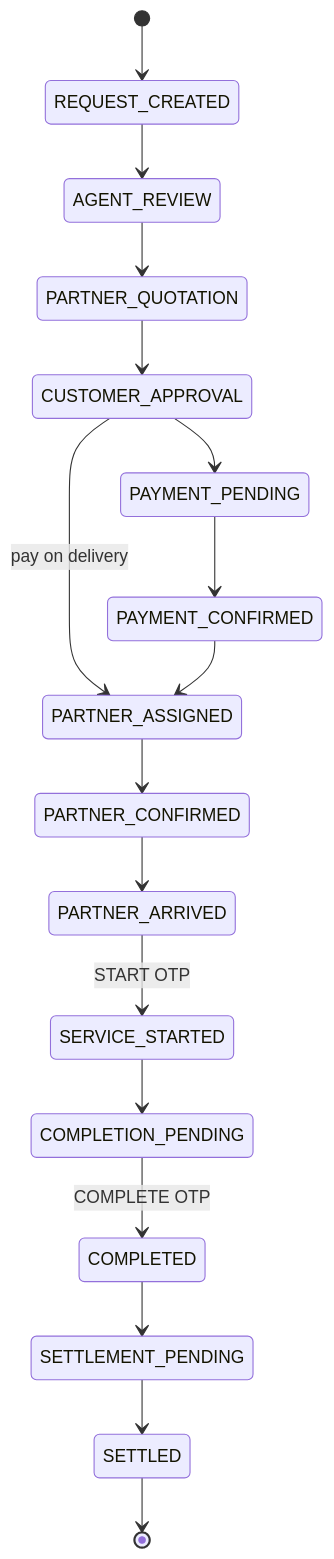
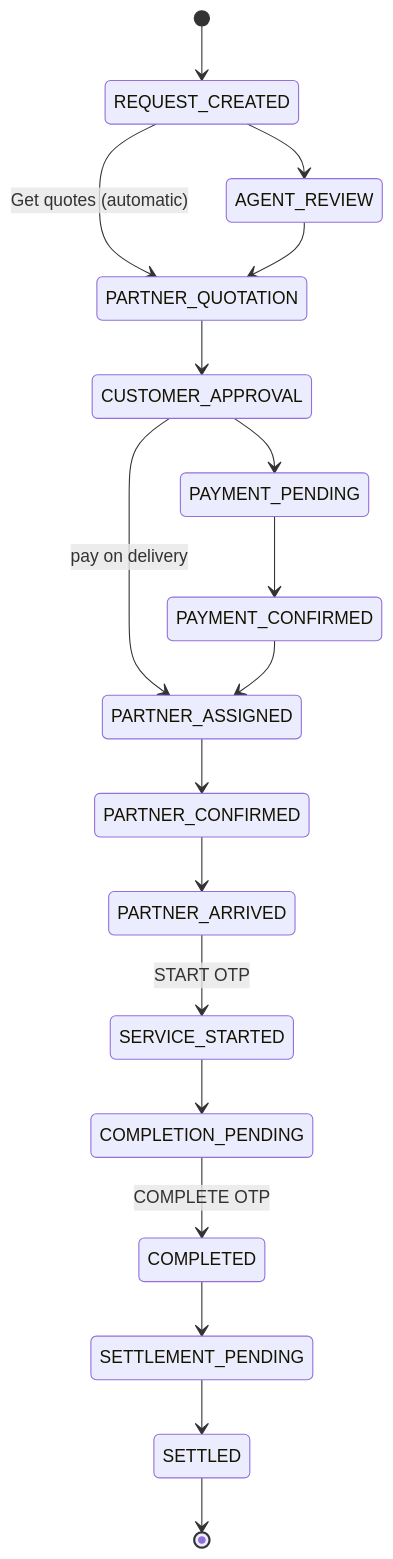
One commit to weetecnologias/BUZZER changed the fourth of 7 diagrams in docs/architecture.md. Above: the diagram before and after it, drawn with Mermaid. The commit also changed other lines of this file and 29 other files, not shown here.

First line of the commit message:
Add automated "Get quotes" flow and agent inbox highlights

````diff
--- a/docs/architecture.md
+++ b/docs/architecture.md
@@ -120,19 +126,20 @@
 ```mermaid
 stateDiagram-v2
     [*] --> REQUEST_CREATED
     REQUEST_CREATED --> AGENT_REVIEW
+    REQUEST_CREATED --> PARTNER_QUOTATION: Get quotes (automatic)
     AGENT_REVIEW --> PARTNER_QUOTATION
     PARTNER_QUOTATION --> CUSTOMER_APPROVAL
     CUSTOMER_APPROVAL --> PAYMENT_PENDING
     PAYMENT_PENDING --> PAYMENT_CONFIRMED
     CUSTOMER_APPROVAL --> PARTNER_ASSIGNED: pay on delivery
     PAYMENT_CONFIRMED --> PARTNER_ASSIGNED
     PARTNER_ASSIGNED --> PARTNER_CONFIRMED
     PARTNER_CONFIRMED --> PARTNER_ARRIVED
     PARTNER_ARRIVED --> SERVICE_STARTED: START OTP
     SERVICE_STARTED --> COMPLETION_PENDING
     COMPLETION_PENDING --> COMPLETED: COMPLETE OTP
     COMPLETED --> SETTLEMENT_PENDING
     SETTLEMENT_PENDING --> SETTLED
     SETTLED --> [*]
 ```
````
